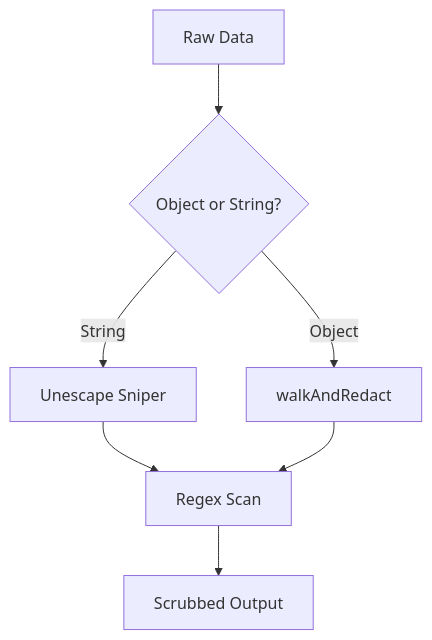
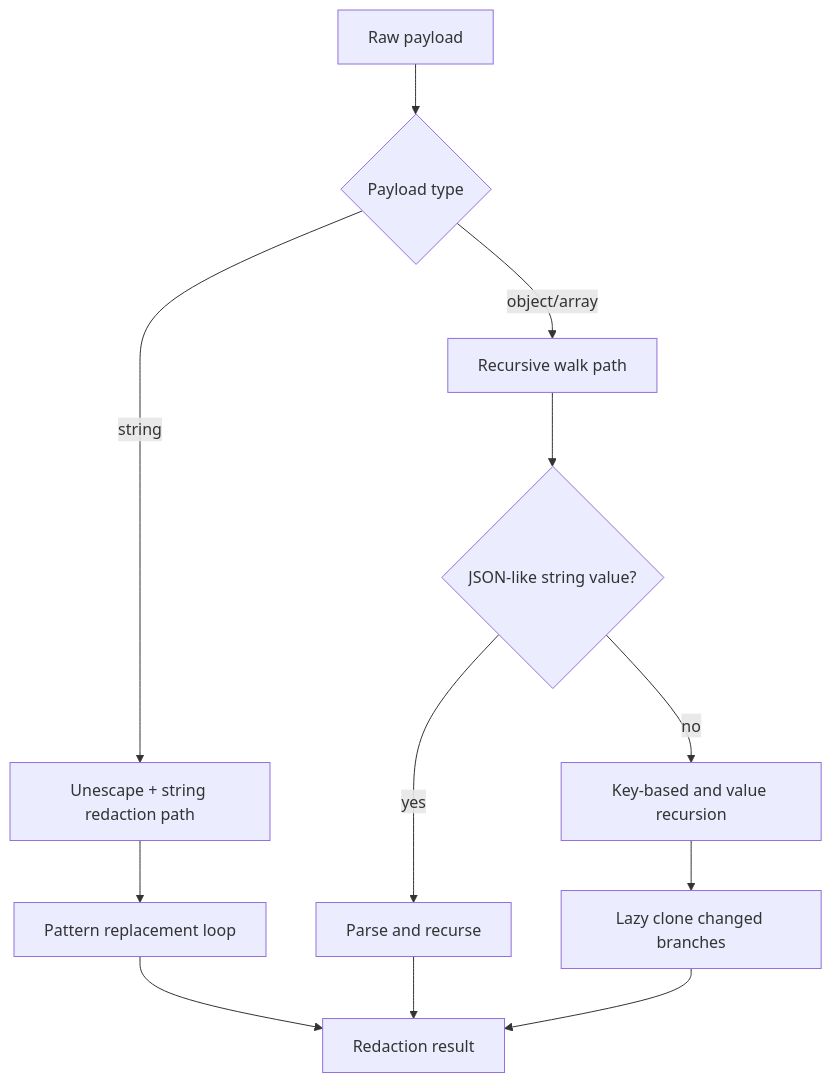
The diagram in docs/wiki/engine/redaction.md (F4bioo/berry-shield), drawn with Mermaid before and after one commit. The commit also changed other lines of this file and 73 other files, not shown here.

````diff
--- a/docs/wiki/engine/redaction.md
+++ b/docs/wiki/engine/redaction.md
@@ -18,9 +53,14 @@
 ```mermaid
-graph TD
-    A[Raw Data] --> B{Object or String?}
-    B -- Object --> C[walkAndRedact]
-    B -- String --> D[Unescape Sniper]
-    D --> E[Regex Scan]
-    C --> E
-    E --> F[Scrubbed Output]
+flowchart TD
+    A[Raw payload] --> B{Payload type}
+    B -->|string| S[Unescape + string redaction path]
+    B -->|object/array| W[Recursive walk path]
+    S --> R[Pattern replacement loop]
+    W --> J{JSON-like string value?}
+    J -->|yes| P[Parse and recurse]
+    J -->|no| K[Key-based and value recursion]
+    K --> L[Lazy clone changed branches]
+    R --> O[Redaction result]
+    P --> O
+    L --> O
 ```
````
